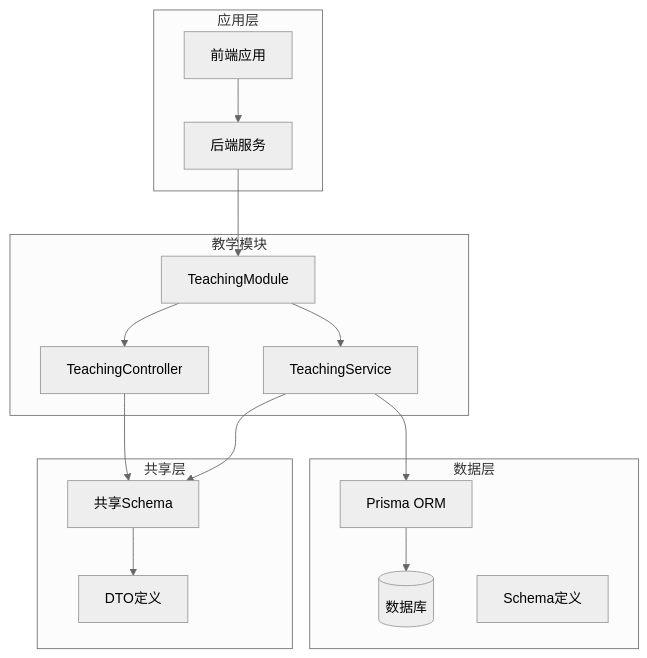
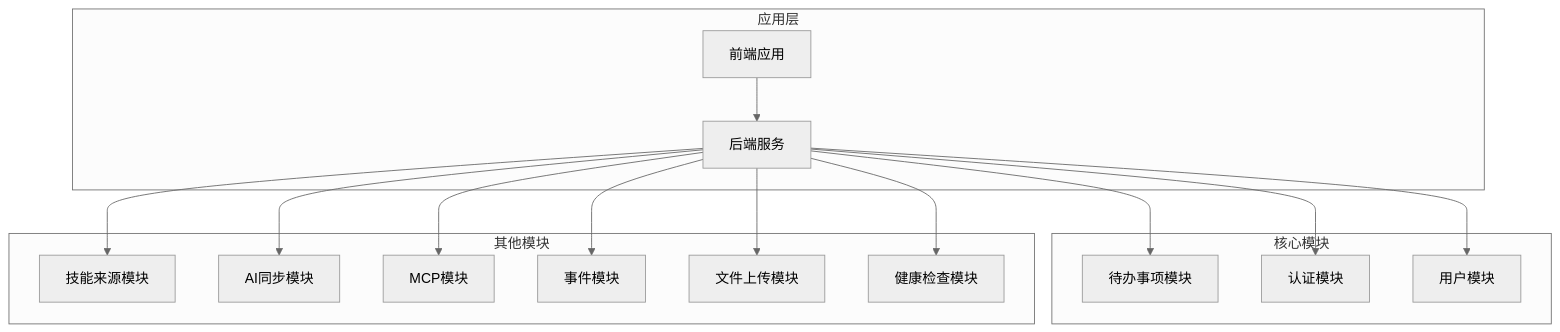
One commit to xixixiaoyu/Todo changed the first of 6 diagrams in .qoder/repowiki/zh/content/核心模块/教学模式基础设施.md. Above: the diagram before and after it, drawn with Mermaid (neutral theme). The commit also changed other lines of this file and 6 other files, not shown here.

````diff
--- a/.qoder/repowiki/zh/content/核心模块/教学模式基础设施.md
+++ b/.qoder/repowiki/zh/content/核心模块/教学模式基础设施.md
@@ -36,30 +45,30 @@
 ```mermaid
 graph TB
 subgraph "应用层"
 Frontend[前端应用]
 Backend[后端服务]
 end
-subgraph "教学模块"
-TeachingModule[TeachingModule]
-TeachingController[TeachingController]
-TeachingService[TeachingService]
+subgraph "核心模块"
+TodosModule[待办事项模块]
+AuthModule[认证模块]
+UsersModule[用户模块]
 end
-subgraph "数据层"
-Prisma[Prisma ORM]
-Database[(数据库)]
-Schema[Schema定义]
-end
-subgraph "共享层"
-SharedSchemas[共享Schema]
-DTOs[DTO定义]
+subgraph "其他模块"
+SkillSourcesModule[技能来源模块]
+AiSyncModule[AI同步模块]
+McpModule[MCP模块]
+EventsModule[事件模块]
+UploadModule[文件上传模块]
+HealthModule[健康检查模块]
 end
 Frontend --> Backend
-Backend --> TeachingModule
-TeachingModule --> TeachingController
-TeachingModule --> TeachingService
-TeachingService --> Prisma
-Prisma --> Database
-TeachingController --> SharedSchemas
-TeachingService --> SharedSchemas
-SharedSchemas --> DTOs
+Backend --> TodosModule
+Backend --> AuthModule
+Backend --> UsersModule
+Backend --> SkillSourcesModule
+Backend --> AiSyncModule
+Backend --> McpModule
+Backend --> EventsModule
+Backend --> UploadModule
+Backend --> HealthModule
 ```
````
